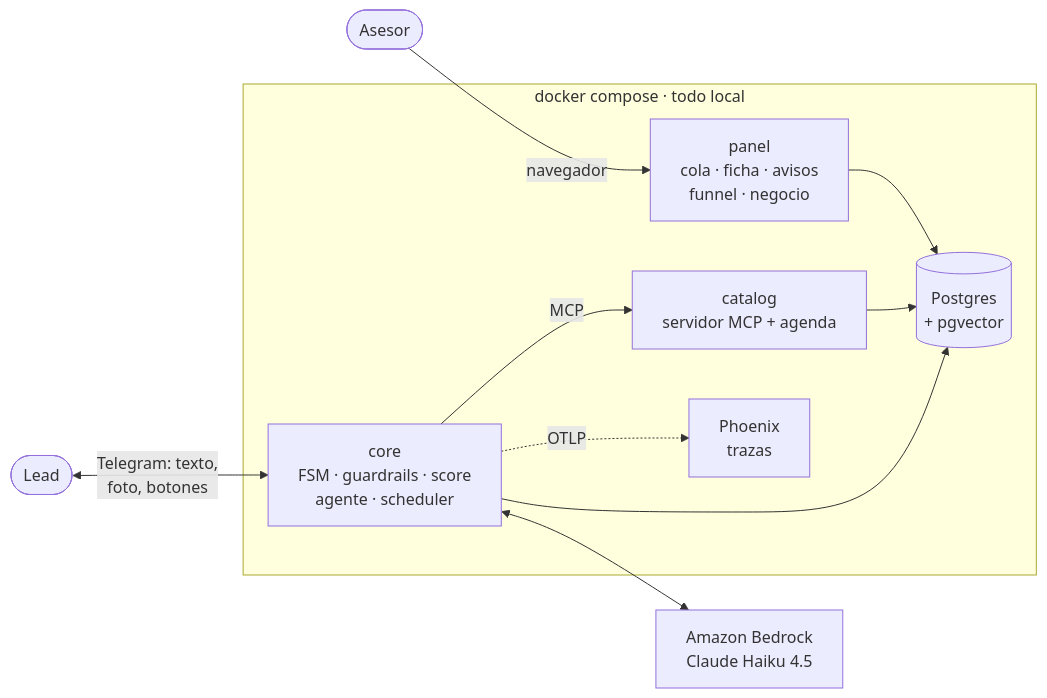
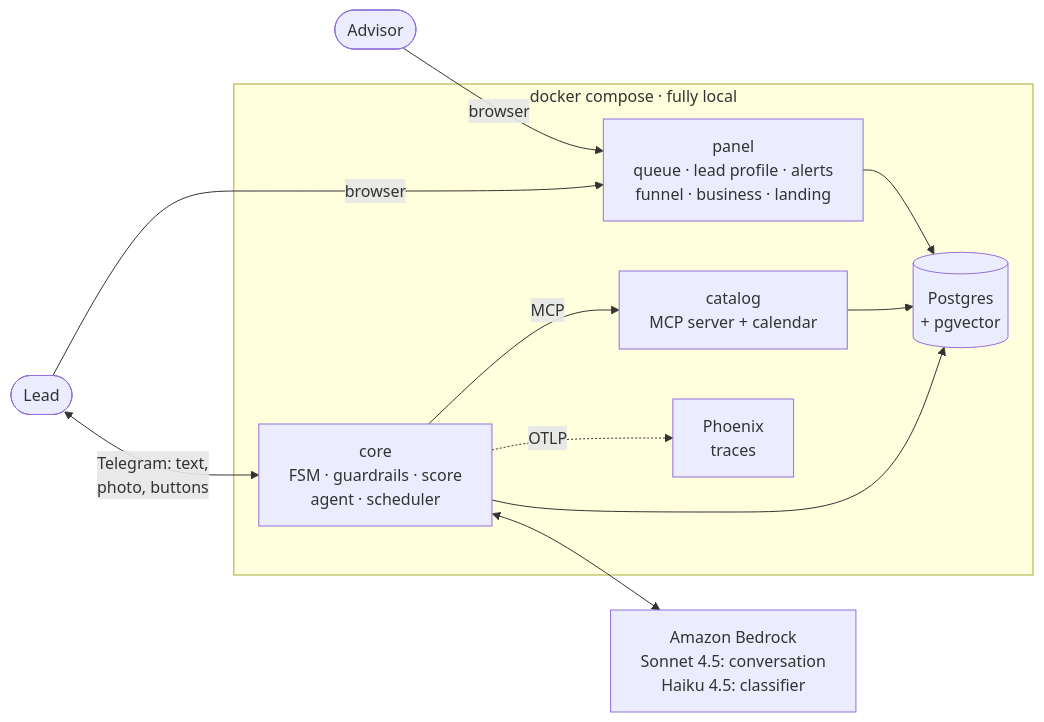
Before and after one commit to softserve-leads-inmobiliaria/SoftServe-Agente-Lead-Inmobiliaro: the third of 3 diagrams in slides/slides.md, drawn with Mermaid. The commit also changed other lines of this file and 6 other files, not shown here.

````diff
--- a/slides/slides.md
+++ b/slides/slides.md
@@ -221,22 +223,23 @@
-```mermaid {scale: 0.62}
+```mermaid {scale: 0.6}
 flowchart LR
-    LEAD([Lead]) <-->|Telegram: texto,<br/>foto, botones| CORE
-    ASESOR([Asesor]) -->|navegador| PANEL
+    LEAD([Lead]) <-->|Telegram: text,<br/>photo, buttons| CORE
+    LEAD -->|browser| PANEL
+    ASESOR([Advisor]) -->|browser| PANEL
 
-    subgraph Stack["docker compose · todo local"]
-        CORE["core<br/>FSM · guardrails · score<br/>agente · scheduler"]
-        CAT["catalog<br/>servidor MCP + agenda"]
-        PANEL["panel<br/>cola · ficha · avisos<br/>funnel · negocio"]
+    subgraph Stack["docker compose · fully local"]
+        CORE["core<br/>FSM · guardrails · score<br/>agent · scheduler"]
+        CAT["catalog<br/>MCP server + calendar"]
+        PANEL["panel<br/>queue · lead profile · alerts<br/>funnel · business · landing"]
         PG[("Postgres<br/>+ pgvector")]
-        PHX["Phoenix<br/>trazas"]
+        PHX["Phoenix<br/>traces"]
     end
 
-    BR["Amazon Bedrock<br/>Claude Haiku 4.5"]
+    BR["Amazon Bedrock<br/>Sonnet 4.5: conversation<br/>Haiku 4.5: classifier"]
 
     CORE -->|MCP| CAT
     CORE <--> BR
     CORE --> PG
     CAT --> PG
     PANEL --> PG
     CORE -.->|OTLP| PHX
 ```
````
